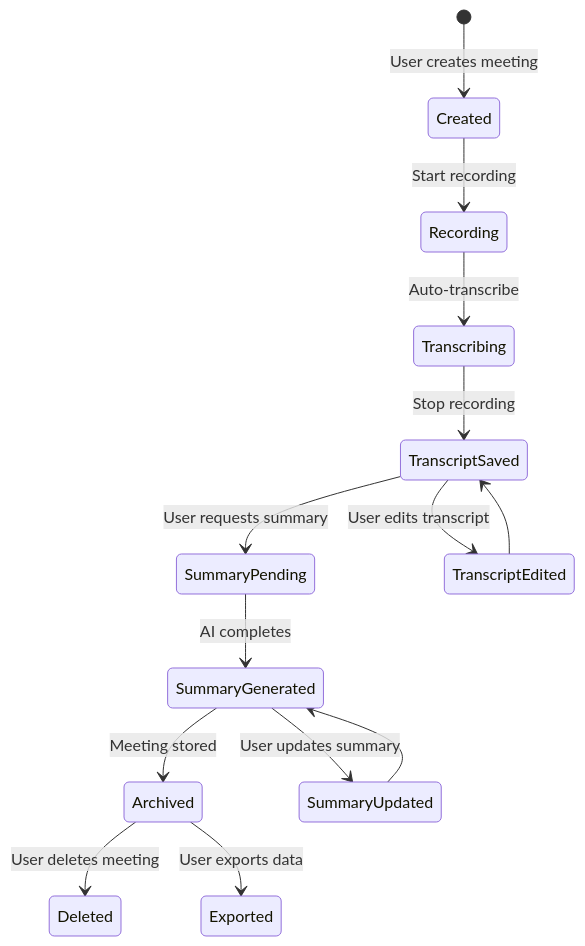
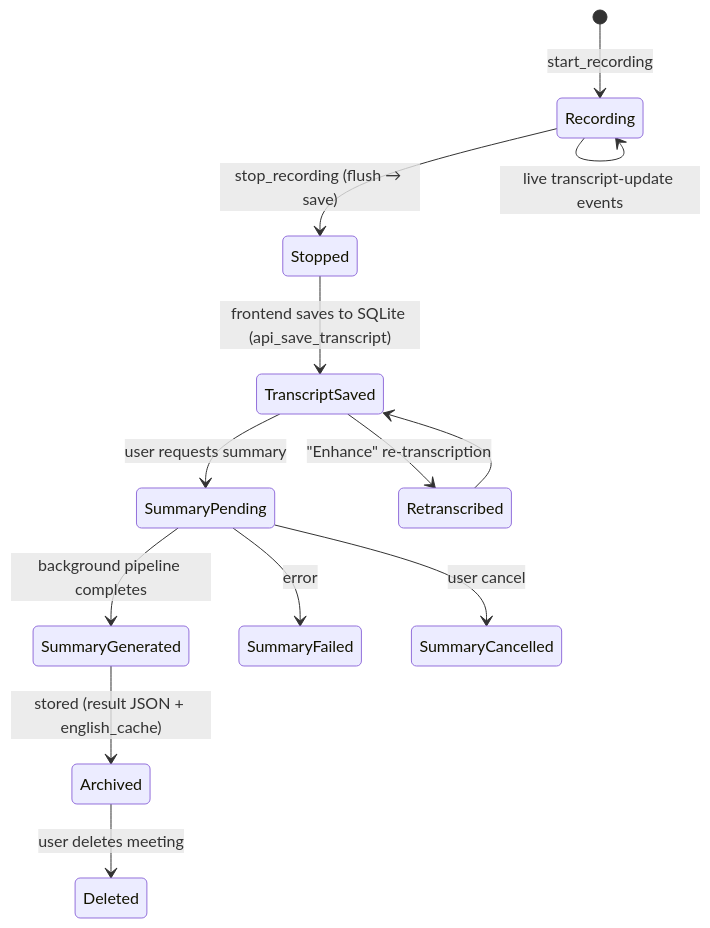
Before and after one commit to MPGek/meetily-mpg: the fourth of 5 diagrams in docs/CODEBASE_MAP_DATA_FLOW.md, drawn with Mermaid. The commit also changed other lines of this file and 62 other files, not shown here.

````diff
--- a/docs/CODEBASE_MAP_DATA_FLOW.md
+++ b/docs/CODEBASE_MAP_DATA_FLOW.md
@@ -102,19 +120,15 @@
 ```mermaid
 stateDiagram-v2
-    [*] --> Created: User creates meeting
-    Created --> Recording: Start recording
-    Recording --> Transcribing: Auto-transcribe
-    Transcribing --> TranscriptSaved: Stop recording
-    TranscriptSaved --> SummaryPending: User requests summary
-    SummaryPending --> SummaryGenerated: AI completes
-    SummaryGenerated --> Archived: Meeting stored
-    
-    TranscriptSaved --> TranscriptEdited: User edits transcript
-    TranscriptEdited --> TranscriptSaved
-    
-    SummaryGenerated --> SummaryUpdated: User updates summary
-    SummaryUpdated --> SummaryGenerated
-    
-    Archived --> Deleted: User deletes meeting
-    Archived --> Exported: User exports data
+    [*] --> Recording: start_recording
+    Recording --> Recording: live transcript-update events
+    Recording --> Stopped: stop_recording (flush → save)
+    Stopped --> TranscriptSaved: frontend saves to SQLite (api_save_transcript)
+    TranscriptSaved --> SummaryPending: user requests summary
+    SummaryPending --> SummaryGenerated: background pipeline completes
+    SummaryGenerated --> Archived: stored (result JSON + english_cache)
+    TranscriptSaved --> Retranscribed: "Enhance" re-transcription
+    Retranscribed --> TranscriptSaved
+    SummaryPending --> SummaryFailed: error
+    SummaryPending --> SummaryCancelled: user cancel
+    Archived --> Deleted: user deletes meeting
 ```
````
